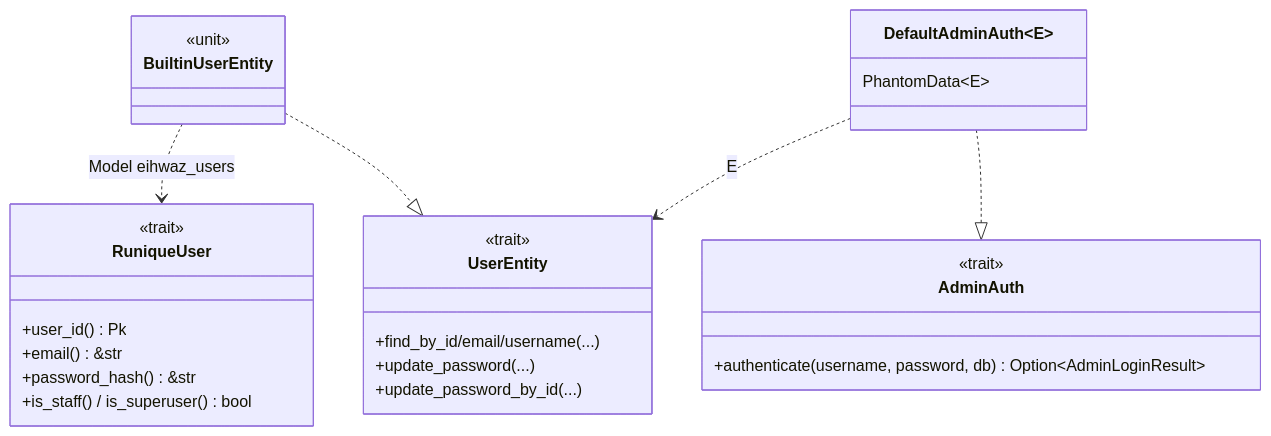
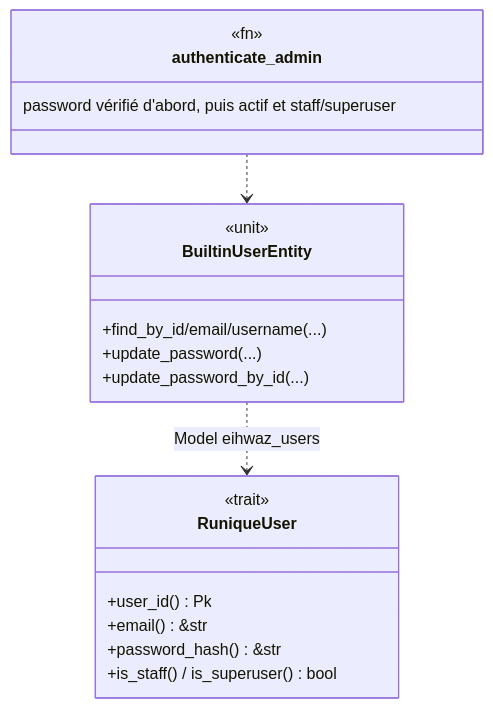
One commit to seb-alliot/runique changed the first of 3 diagrams in diagramme/uml/auth/authentification.md. Above: the diagram before and after it, drawn with Mermaid. The commit also changed other lines of this file and 197 other files, not shown here.

````diff
--- a/diagramme/uml/auth/authentification.md
+++ b/diagramme/uml/auth/authentification.md
@@ -10,30 +10,22 @@
 ```mermaid
 classDiagram
     class RuniqueUser {
         <<trait>>
         +user_id() Pk
         +email() &str
         +password_hash() &str
         +is_staff() / is_superuser() bool
     }
-    class UserEntity {
-        <<trait>>
+    class BuiltinUserEntity {
+        <<unit>>
         +find_by_id/email/username(...)
         +update_password(...)
         +update_password_by_id(...)
     }
-    class AdminAuth {
-        <<trait>>
-        +authenticate(username, password, db) Option~AdminLoginResult~
+    class authenticate_admin {
+        <<fn>>
+        password vérifié d'abord, puis actif et staff/superuser
     }
-    class BuiltinUserEntity {
-        <<unit>>
-    }
-    class DefaultAdminAuth~E~ {
-        PhantomData~E~
-    }
-    BuiltinUserEntity ..|> UserEntity
-    DefaultAdminAuth ..|> AdminAuth
-    DefaultAdminAuth ..> UserEntity : E
+    authenticate_admin ..> BuiltinUserEntity
     BuiltinUserEntity ..> RuniqueUser : Model eihwaz_users
 ```
````
